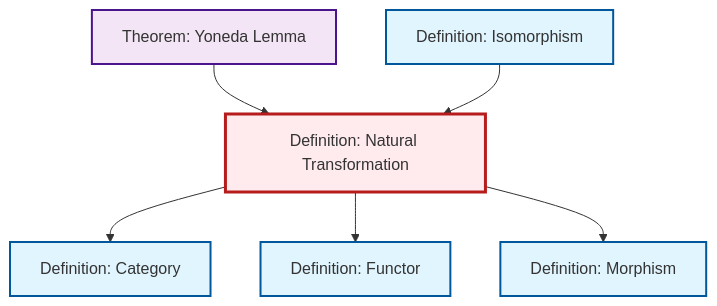
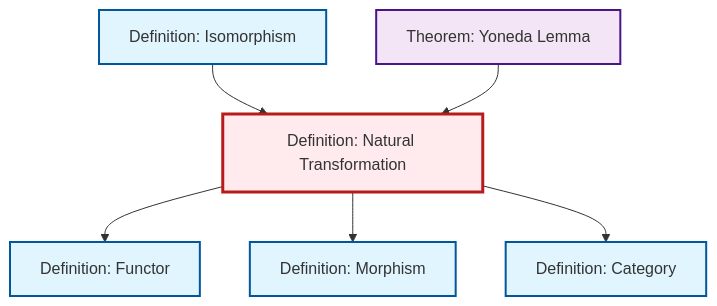
Before and after one commit to RK0429/ModernMath: the diagram in output/mermaid/def-natural-transformation.mermaid, drawn with Mermaid. The commit also changed other lines of this file and 1115 other files, not shown here.

````diff
--- a/output/mermaid/def-natural-transformation.mermaid
+++ b/output/mermaid/def-natural-transformation.mermaid
@@ -1,21 +1,21 @@
 ```{mermaid}
 %%| fig-cap: "Local dependency graph"
 graph TD
     classDef definition fill:#e1f5fe,stroke:#01579b,stroke-width:2px
     classDef theorem fill:#f3e5f5,stroke:#4a148c,stroke-width:2px
     classDef axiom fill:#fff3e0,stroke:#e65100,stroke-width:2px
     classDef example fill:#e8f5e9,stroke:#1b5e20,stroke-width:2px
     classDef current fill:#ffebee,stroke:#b71c1c,stroke-width:3px
-    def-morphism["Definition: Morphism"]:::definition
+    def-functor["Definition: Functor"]:::definition
+    def-isomorphism["Definition: Isomorphism"]:::definition
     thm-yoneda["Theorem: Yoneda Lemma"]:::theorem
     def-natural-transformation["Definition: Natural Transformation"]:::definition
     def-category["Definition: Category"]:::definition
-    def-functor["Definition: Functor"]:::definition
-    def-isomorphism["Definition: Isomorphism"]:::definition
+    def-morphism["Definition: Morphism"]:::definition
+    def-isomorphism --> def-natural-transformation
+    def-natural-transformation --> def-functor
     thm-yoneda --> def-natural-transformation
+    def-natural-transformation --> def-morphism
     def-natural-transformation --> def-category
-    def-natural-transformation --> def-functor
-    def-isomorphism --> def-natural-transformation
-    def-natural-transformation --> def-morphism
     class def-natural-transformation current
 ```
````
